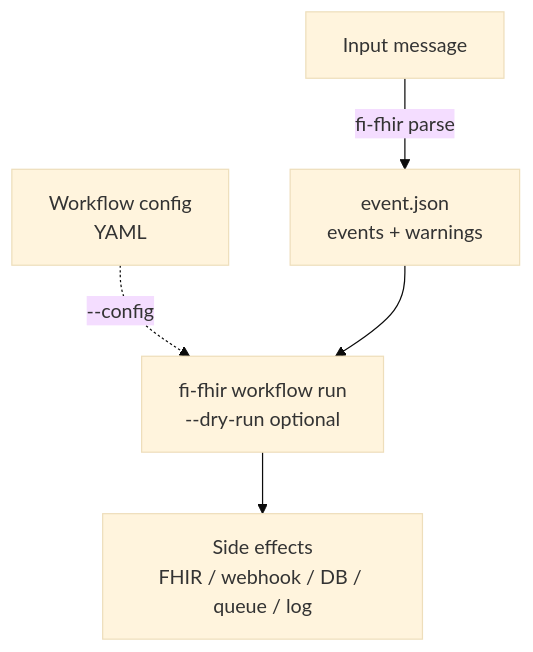
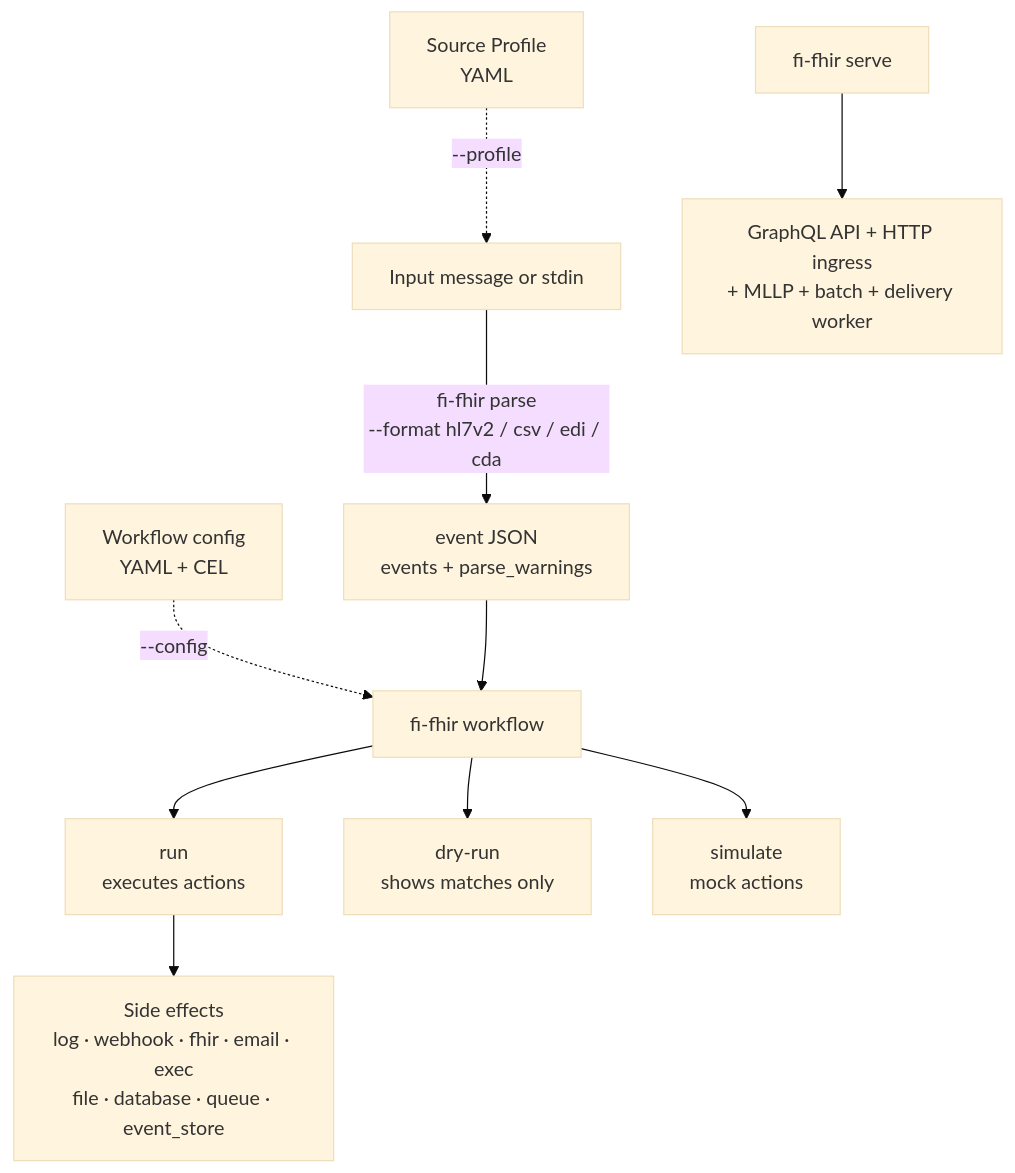
The diagram in docs/mermaid/cli-flow.mmd (crb2nu/fi-fhir), drawn with Mermaid (base theme) before and after one commit. The commit also changed 10 other files, not shown here.

```diff
--- a/docs/mermaid/cli-flow.mmd
+++ b/docs/mermaid/cli-flow.mmd
@@ -1,5 +1,14 @@
 flowchart TB
-  MSG[Input message] -->|fi-fhir parse| EVT[event.json<br/>events + warnings]
-  CFG[Workflow config<br/>YAML] -.->|--config| RUN
-  EVT --> RUN[fi-fhir workflow run<br/>--dry-run optional]
-  RUN --> OUT[Side effects<br/>FHIR / webhook / DB / queue / log]
+  MSG[Input message or stdin] -->|fi-fhir parse<br/>--format hl7v2 / csv / edi / cda| EVT[event JSON<br/>events + parse_warnings]
+  PROF[Source Profile<br/>YAML] -.->|--profile| MSG
+  CFG[Workflow config<br/>YAML + CEL] -.->|--config| RUN
+
+  EVT --> RUN[fi-fhir workflow]
+
+  RUN --> SUBRUN[run<br/>executes actions]
+  RUN --> SUBDRY[dry-run<br/>shows matches only]
+  RUN --> SUBSIM[simulate<br/>mock actions]
+
+  SUBRUN --> OUT[Side effects<br/>log · webhook · fhir · email · exec<br/>file · database · queue · event_store]
+
+  SERVE[fi-fhir serve] --> NOTE[GraphQL API + HTTP ingress<br/>+ MLLP + batch + delivery worker]
```
